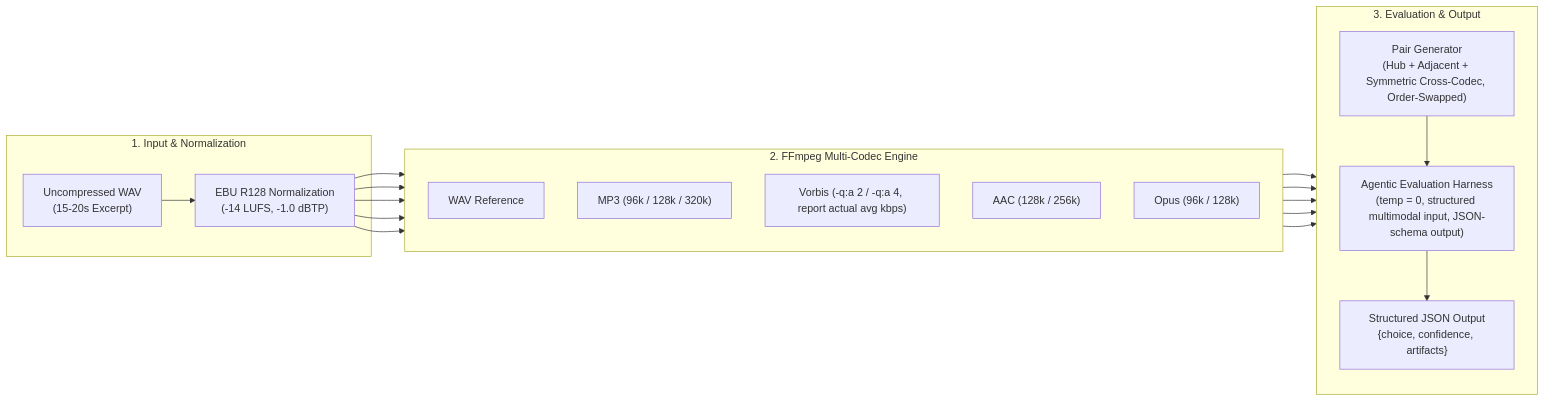
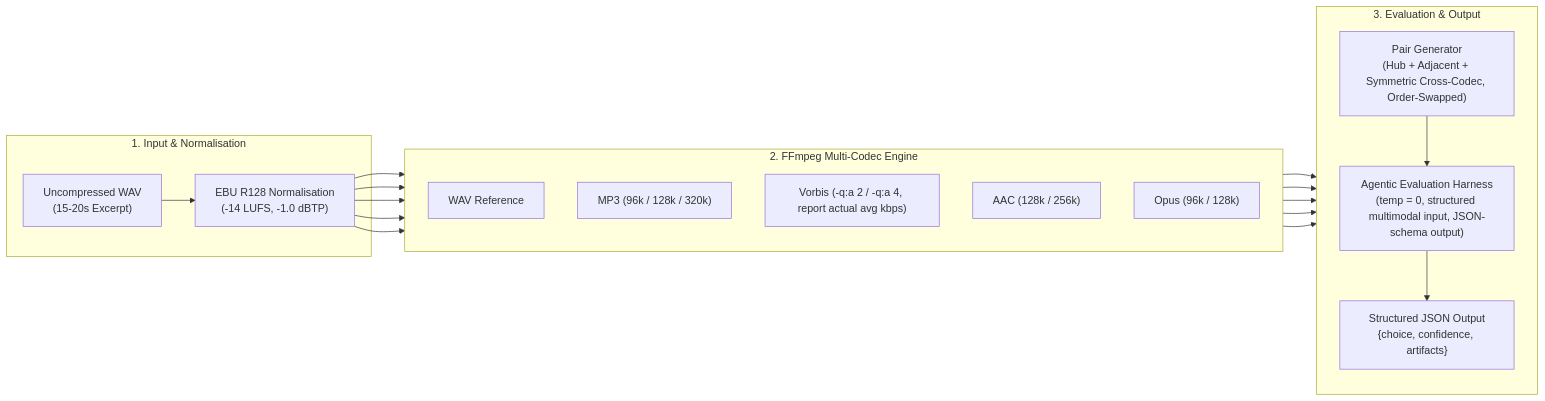
Before and after one commit to adrian-lcs/abm-aep: the diagram in README.md, drawn with Mermaid. The commit also changed other lines of this file, not shown here.

````diff
--- a/README.md
+++ b/README.md
@@ -29,28 +29,28 @@
 ```mermaid
 graph LR
-    subgraph S1["1. Input & Normalization"]
+    subgraph S1["1. Input & Normalisation"]
         A["Uncompressed WAV<br/>(15-20s Excerpt)"]
-        B["EBU R128 Normalization<br/>(-14 LUFS, -1.0 dBTP)"]
+        B["EBU R128 Normalisation<br/>(-14 LUFS, -1.0 dBTP)"]
         A --> B
     end
 
     subgraph S2["2. FFmpeg Multi-Codec Engine"]
         direction TB
         C1["WAV Reference"]
         C2["MP3 (96k / 128k / 320k)"]
         C3["Vorbis (-q:a 2 / -q:a 4, report actual avg kbps)"]
         C4["AAC (128k / 256k)"]
         C5["Opus (96k / 128k)"]
     end
 
     subgraph S3["3. Evaluation & Output"]
         direction TB
         H["Pair Generator<br/>(Hub + Adjacent + Symmetric Cross-Codec, Order-Swapped)"]
         I["Agentic Evaluation Harness<br/>(temp = 0, structured multimodal input, JSON-schema output)"]
         J["Structured JSON Output<br/>{choice, confidence, artifacts}"]
         H --> I --> J
     end
 
     B --> C1 & C2 & C3 & C4 & C5
     C1 & C2 & C3 & C4 & C5 --> H
 ```
````
